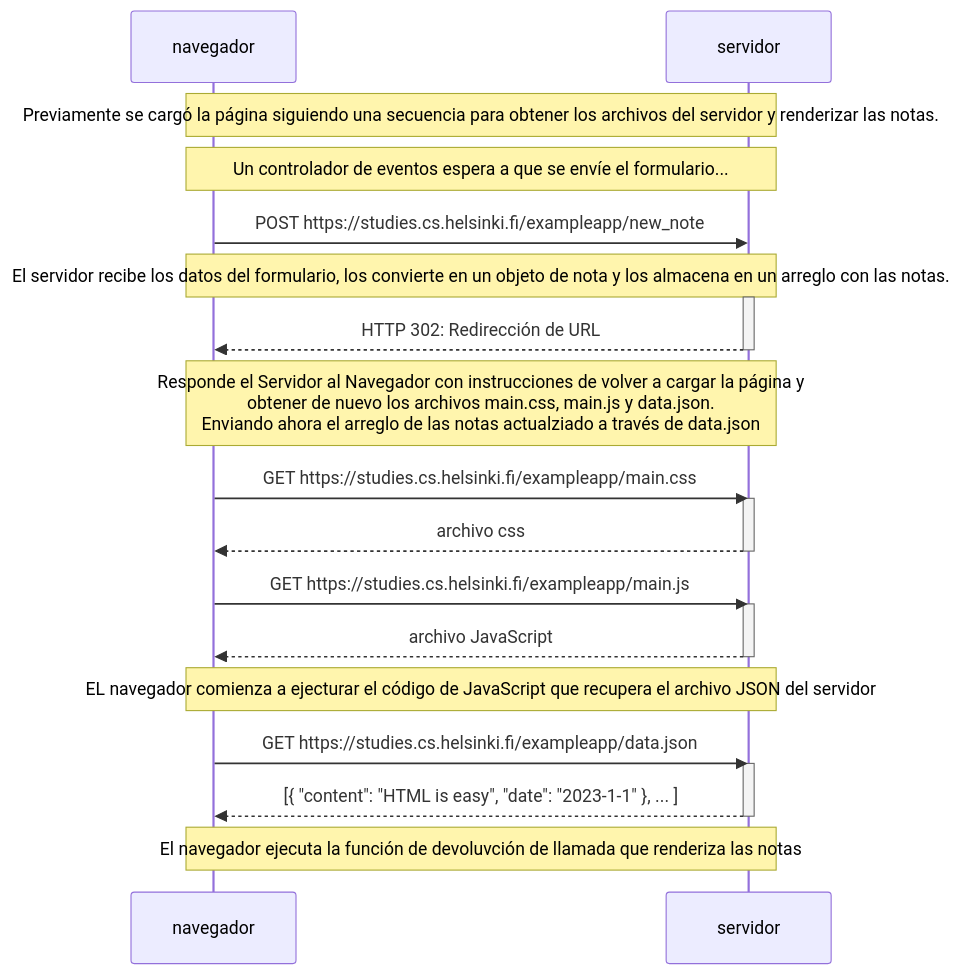
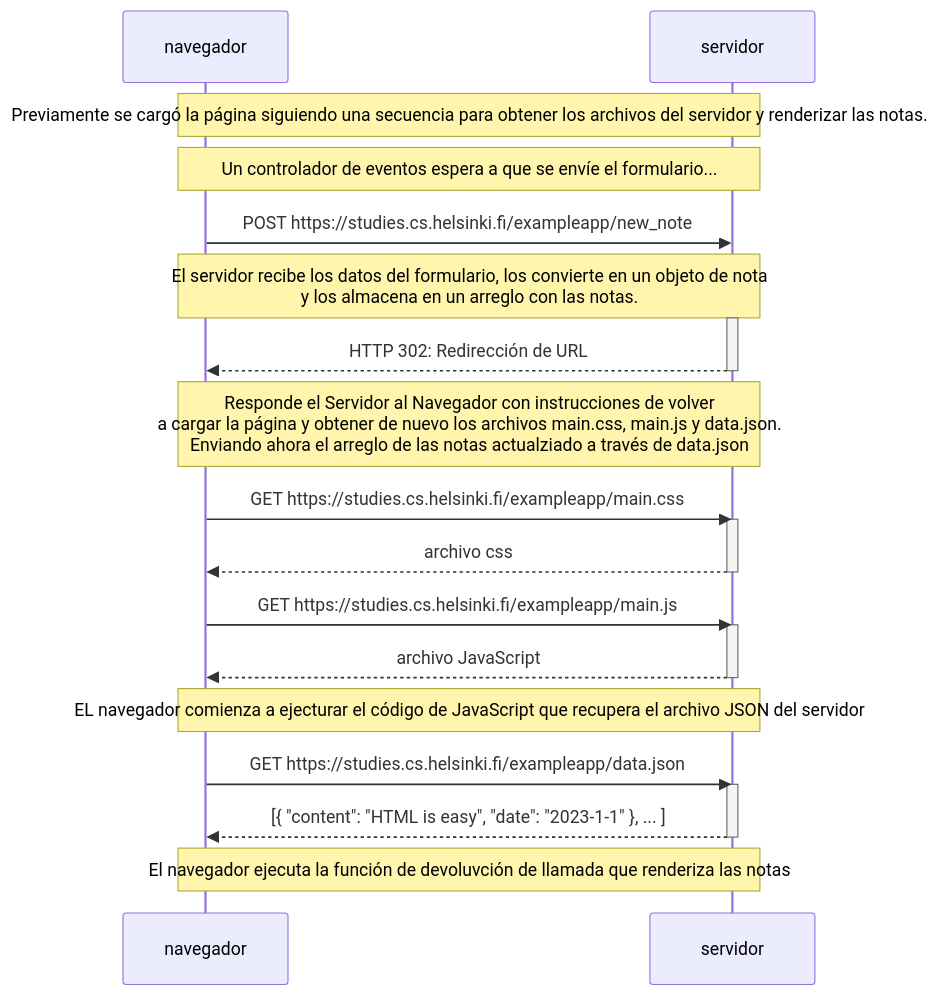
Before and after one commit to CuteLoop/fullstack-open: the diagram in parte-0/ejercicio-0.4.mmd, drawn with Mermaid.

```diff
--- a/parte-0/ejercicio-0.4.mmd
+++ b/parte-0/ejercicio-0.4.mmd
@@ -1,34 +1,34 @@
 sequenceDiagram
     participant navegador
     participant servidor
 
     Note over navegador,servidor: Previamente se cargó la página siguiendo una secuencia para obtener los archivos del servidor y renderizar las notas.
     Note over navegador,servidor: Un controlador de eventos espera a que se envíe el formulario...
 
     navegador->>servidor: POST https://studies.cs.helsinki.fi/exampleapp/new_note
-    Note over navegador,servidor: El servidor recibe los datos del formulario, los convierte en un objeto de nota y los almacena en un arreglo con las notas.
+    Note over navegador,servidor: El servidor recibe los datos del formulario, los convierte en un objeto de nota<br/> y los almacena en un arreglo con las notas.
     
     activate servidor
     servidor-->>navegador: HTTP 302: Redirección de URL
     deactivate servidor
 
-   Note over navegador,servidor: Responde el Servidor al Navegador con instrucciones de volver a cargar la página y <br/>obtener de nuevo los archivos main.css, main.js y data.json. <br/>Enviando ahora el arreglo de las notas actualziado a través de data.json
+   Note over navegador,servidor: Responde el Servidor al Navegador con instrucciones de volver<br/>a cargar la página y obtener de nuevo los archivos main.css, main.js y data.json. <br/>Enviando ahora el arreglo de las notas actualziado a través de data.json
 
     navegador->>servidor: GET https://studies.cs.helsinki.fi/exampleapp/main.css
     activate servidor
     servidor-->>navegador: archivo css
     deactivate servidor
 
     navegador->>servidor: GET https://studies.cs.helsinki.fi/exampleapp/main.js
     activate servidor
     servidor-->>navegador: archivo JavaScript
     deactivate servidor
 
     Note over navegador,servidor: EL navegador comienza a ejecturar el código de JavaScript que recupera el archivo JSON del servidor
 
     navegador->>servidor: GET https://studies.cs.helsinki.fi/exampleapp/data.json
     activate servidor
     servidor-->>navegador: [{ "content": "HTML is easy", "date": "2023-1-1" }, ... ]
     deactivate servidor
 
    Note over navegador,servidor: El navegador ejecuta la función de devoluvción de llamada que renderiza las notas
```
